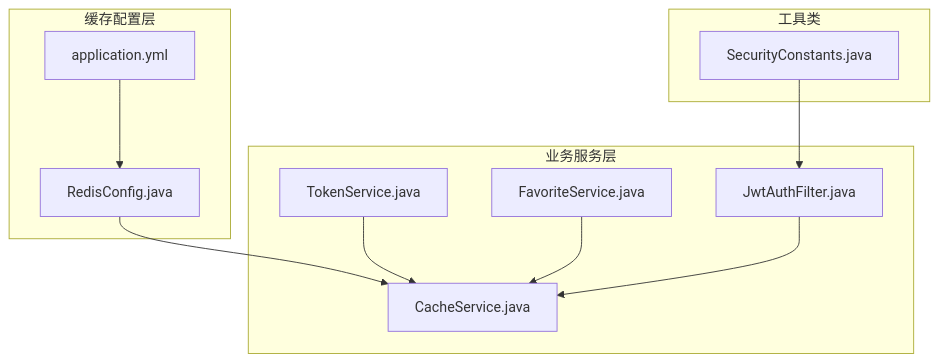
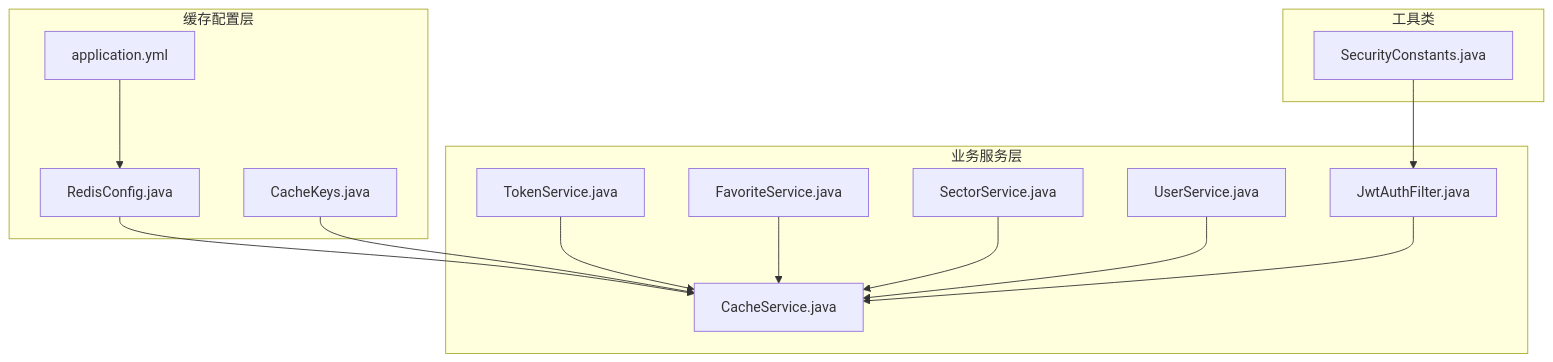
The first of 20 diagrams in .qoder/repowiki/zh/content/缓存与性能优化/Redis 缓存策略.md (PersonNoName/FreeTrader), drawn with Mermaid before and after one commit. The commit also changed other lines of this file and 10 other files, not shown here.

````diff
--- a/.qoder/repowiki/zh/content/缓存与性能优化/Redis 缓存策略.md
+++ b/.qoder/repowiki/zh/content/缓存与性能优化/Redis 缓存策略.md
@@ -33,22 +43,28 @@
 ```mermaid
 graph TB
 subgraph "缓存配置层"
 RC[RedisConfig.java]
 AC[application.yml]
+CK[CacheKeys.java]
 end
 subgraph "业务服务层"
 CS[CacheService.java]
 TS[TokenService.java]
 FS[FavoriteService.java]
+SS[SectorService.java]
+US[UserService.java]
 JAF[JwtAuthFilter.java]
 end
 subgraph "工具类"
 SC[SecurityConstants.java]
 end
 RC --> CS
 AC --> RC
+CK --> CS
 TS --> CS
 FS --> CS
+SS --> CS
+US --> CS
 JAF --> CS
 SC --> JAF
 ```
````
